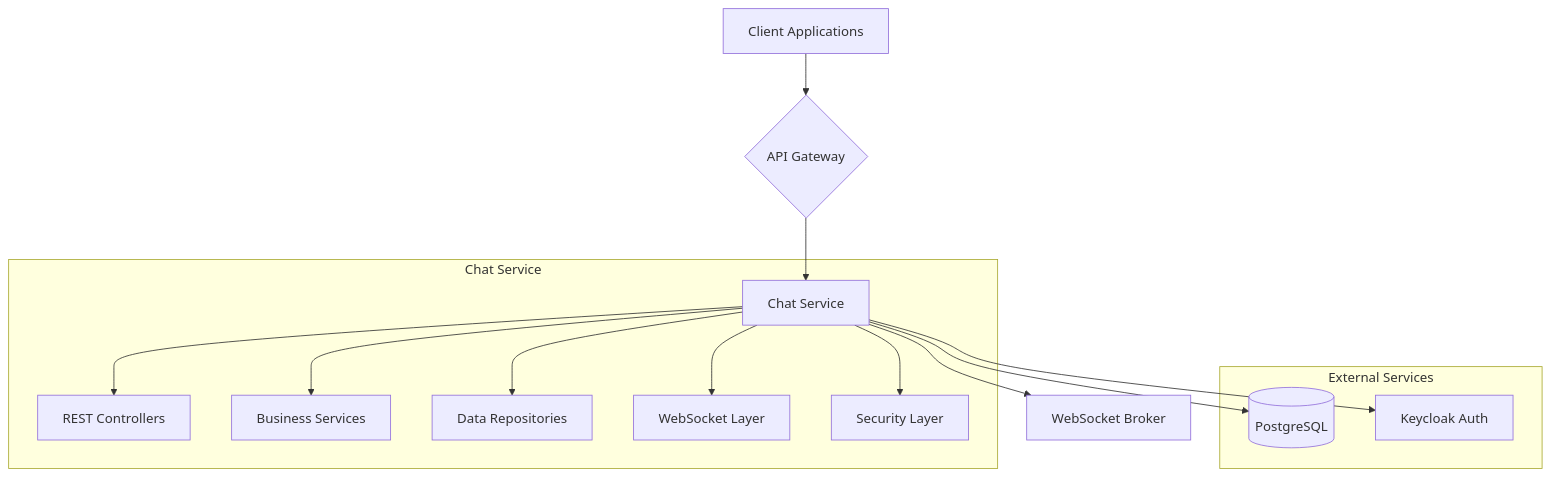
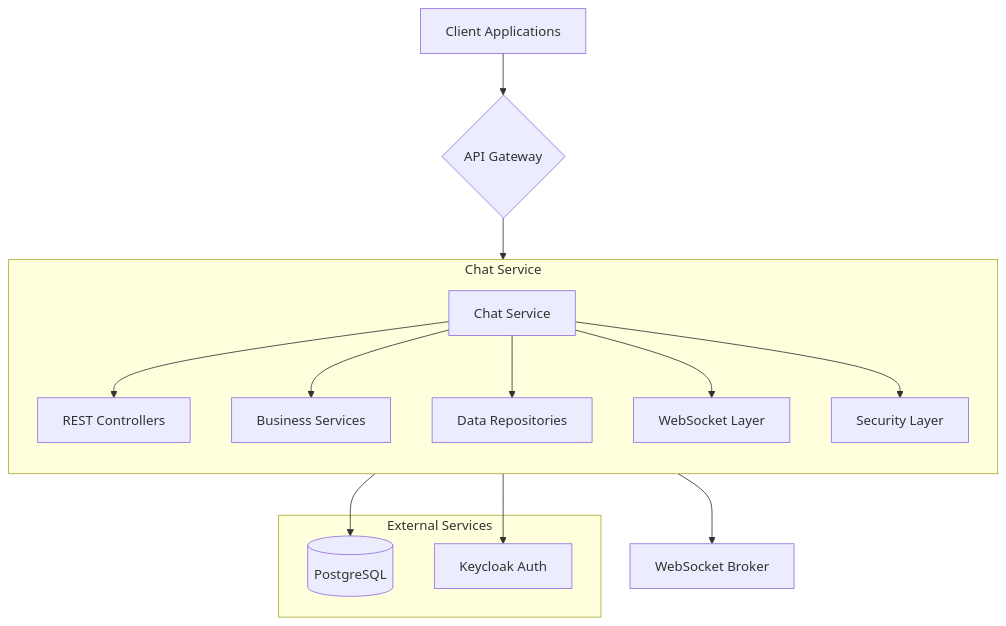
One commit to anaslahboub/app-microservice changed the first of 11 diagrams in chat-service/README.md. Above: the diagram before and after it, drawn with Mermaid. The commit also changed other lines of this file and 1 other file, not shown here.

````diff
--- a/chat-service/README.md
+++ b/chat-service/README.md
@@ -17,21 +17,22 @@
 ```mermaid
 graph TD
     A[Client Applications] --> B{API Gateway}
     B --> C[Chat Service]
     C --> D[(PostgreSQL)]
     C --> E[Keycloak Auth]
     C --> F[WebSocket Broker]
     
     subgraph "Chat Service"
+        direction TB
         C --> G[REST Controllers]
         C --> H[Business Services]
         C --> I[Data Repositories]
         C --> J[WebSocket Layer]
         C --> K[Security Layer]
     end
     
     subgraph "External Services"
         D
         E
     end
 ```
````
